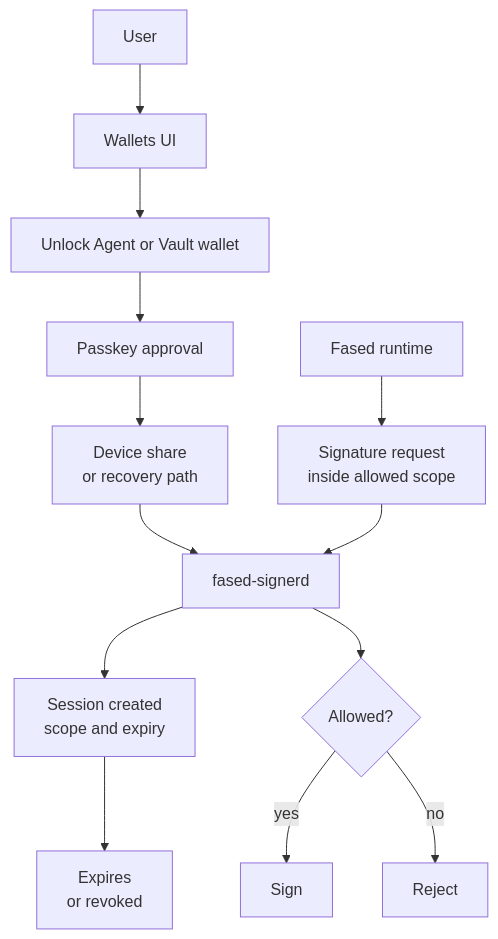
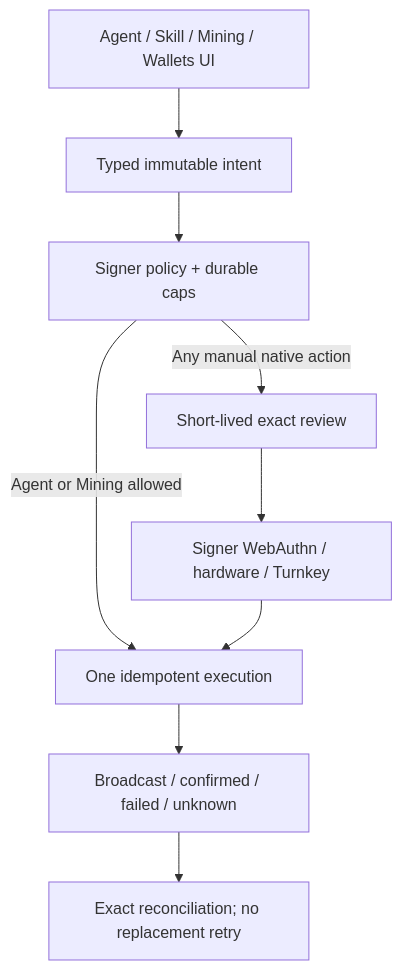
Before and after one commit to fased-ai/fased: the diagram in docs/plugins/crypto/wallet-autonomous-sessions.md, drawn with Mermaid. The commit also changed other lines of this file and 534 other files, not shown here.

First line of the commit message:
Secure wallet signer lifecycle and hosted custody boundary (#142)

````diff
--- a/docs/plugins/crypto/wallet-autonomous-sessions.md
+++ b/docs/plugins/crypto/wallet-autonomous-sessions.md
@@ -40,15 +32,11 @@
 ```mermaid
 flowchart TD
-    User["User"] --> UI["Wallets UI"]
-    UI --> Ceremony["Unlock Agent or Vault wallet"]
-    Ceremony --> Passkey["Passkey approval"]
-    Passkey --> Share["Device share<br/>or recovery path"]
-    Share --> Signer["fased-signerd"]
-    Signer --> Session["Session created<br/>scope and expiry"]
-    Runtime["Fased runtime"] --> Request["Signature request<br/>inside allowed scope"]
-    Request --> Signer
-    Signer --> Decision{"Allowed?"}
-    Decision -->|yes| Signed["Sign"]
-    Decision -->|no| Rejected["Reject"]
-    Session --> Expiry["Expires<br/>or revoked"]
+  Caller["Agent / Skill / Mining / Wallets UI"] --> Intent["Typed immutable intent"]
+  Intent --> Policy["Signer policy + durable caps"]
+  Policy -->|Agent or Mining allowed| Execute["One idempotent execution"]
+  Policy -->|Any manual native action| Review["Short-lived exact review"]
+  Review --> Auth["Signer WebAuthn / hardware / Turnkey"]
+  Auth --> Execute
+  Execute --> State["Broadcast / confirmed / failed / unknown"]
+  State --> Reconcile["Exact reconciliation; no replacement retry"]
 ```
````
